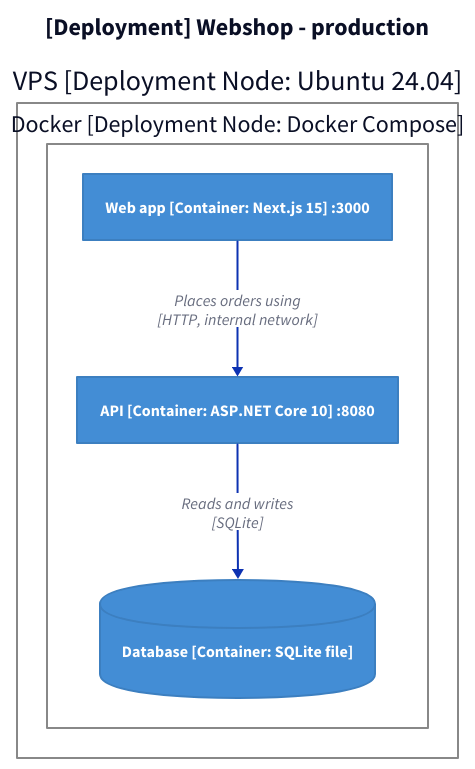
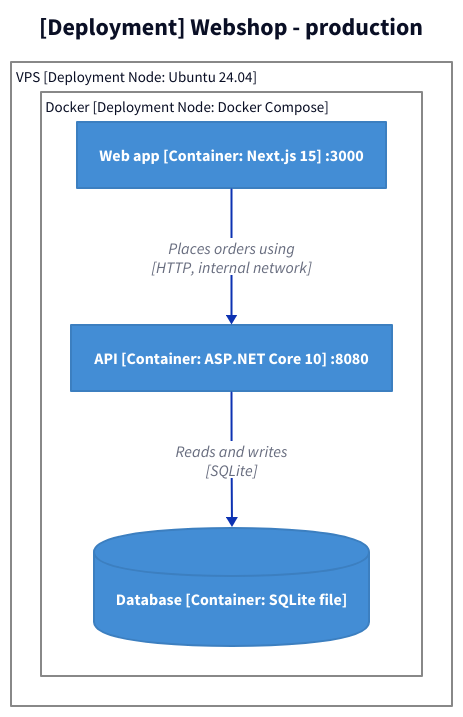
One commit to ATkingma/KingmaDoc changed the fourth of 5 diagrams in skill/explaining-code/reference/c4-model.md. Above: the diagram before and after it, drawn with D2. The commit also changed other lines of this file and 11 other files, not shown here.

````diff
--- a/skill/explaining-code/reference/c4-model.md
+++ b/skill/explaining-code/reference/c4-model.md
@@ -261,29 +264,30 @@
 ```d2
 classes: {
   container: {shape: rectangle; style: {fill: "#438dd5"; stroke: "#3c7fc0"; font-color: "#ffffff"}}
   database: {shape: cylinder; style: {fill: "#438dd5"; stroke: "#3c7fc0"; font-color: "#ffffff"}}
-  node: {style: {fill: transparent; stroke: "#888888"}}
+  node: {label.near: top-left; style: {fill: transparent; stroke: "#888888"; font-size: 15}}
 }
 title: "[Deployment] Webshop - production" {shape: text; near: top-center; style: {font-size: 24; bold: true}}
+direction: down
 vars: {
   d2-legend: {
     n: Deployment node {class: node}
     c: Container instance {class: container}
     d: Container instance: data store {class: database}
     a: "" {style.opacity: 0}
     b: "" {style.opacity: 0}
     a -> b: Relationship
   }
 }
 server: "VPS [Deployment Node: Ubuntu 24.04]" {
   class: node
   docker: "Docker [Deployment Node: Docker Compose]" {
     class: node
     web: "Web app [Container: Next.js 15] :3000" {class: container}
     api: "API [Container: ASP.NET Core 10] :8080" {class: container}
     db: "Database [Container: SQLite file]" {class: database}
   }
 }
 server.docker.web -> server.docker.api: "Places orders using\n[HTTP, internal network]"
 server.docker.api -> server.docker.db: "Reads and writes\n[SQLite]"
 ```
````
